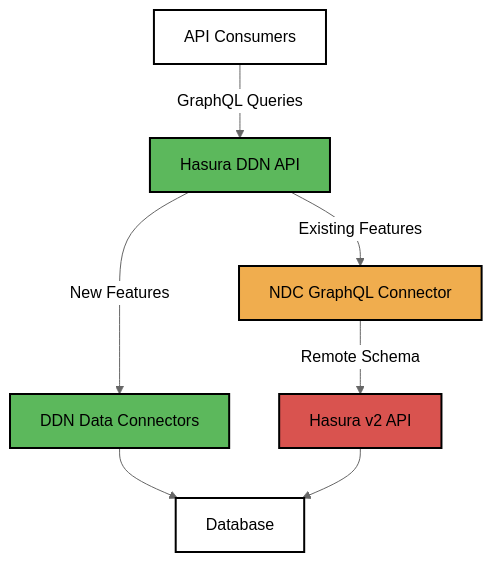
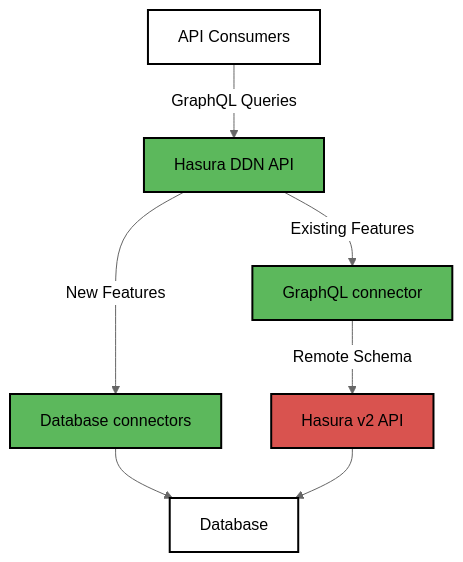
One commit to hasura/ddn-docs changed the first of 3 diagrams in docs/upgrade/guide.mdx. Above: the diagram before and after it, drawn with Mermaid (neutral theme). The commit also changed other lines of this file and 1 other file, not shown here.

````diff
--- a/docs/upgrade/guide.mdx
+++ b/docs/upgrade/guide.mdx
@@ -41,15 +51,15 @@
 ```mermaid
 graph TD
     A[API Consumers] -->|GraphQL Queries| B[Hasura DDN API]
-    B -->|New Features| C[DDN Data Connectors]
-    B -->|Existing Features| D[NDC GraphQL Connector]
+    B -->|New Features| C[Database connectors]
+    B -->|Existing Features| D[GraphQL connector]
     D -->|Remote Schema| E[Hasura v2 API]
     C --> F[Database]
     E --> F
     style A fill:#ffffff,stroke:#000000,stroke-width:2px,color:#000000
     style B fill:#5cb85c,stroke:#000000,stroke-width:2px,color:#000000
     style C fill:#5cb85c,stroke:#000000,stroke-width:2px,color:#000000
-    style D fill:#f0ad4e,stroke:#000000,stroke-width:2px,color:#000000
+    style D fill:#5cb85c,stroke:#000000,stroke-width:2px,color:#000000
     style E fill:#d9534f,stroke:#000000,stroke-width:2px,color:#000000
     style F fill:#ffffff,stroke:#000000,stroke-width:2px,color:#000000
 ```
````
